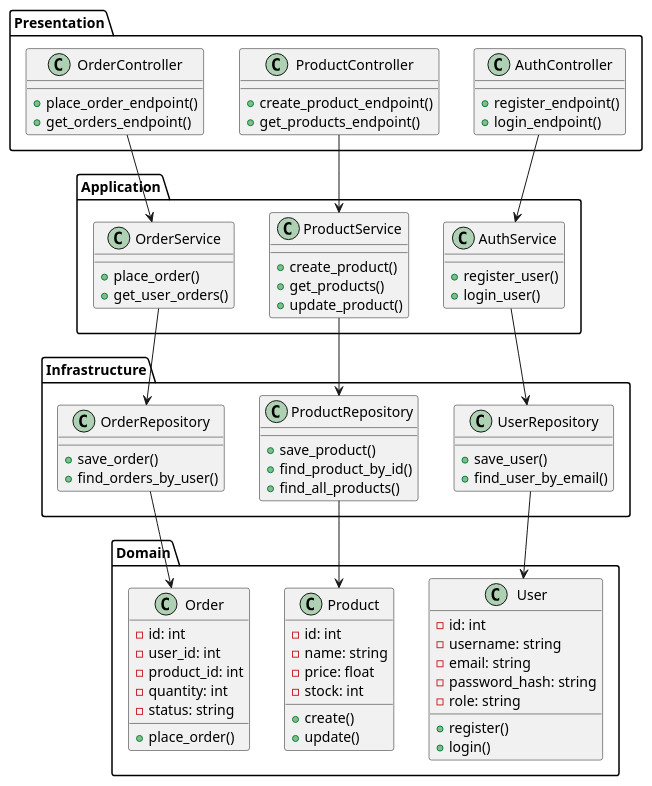
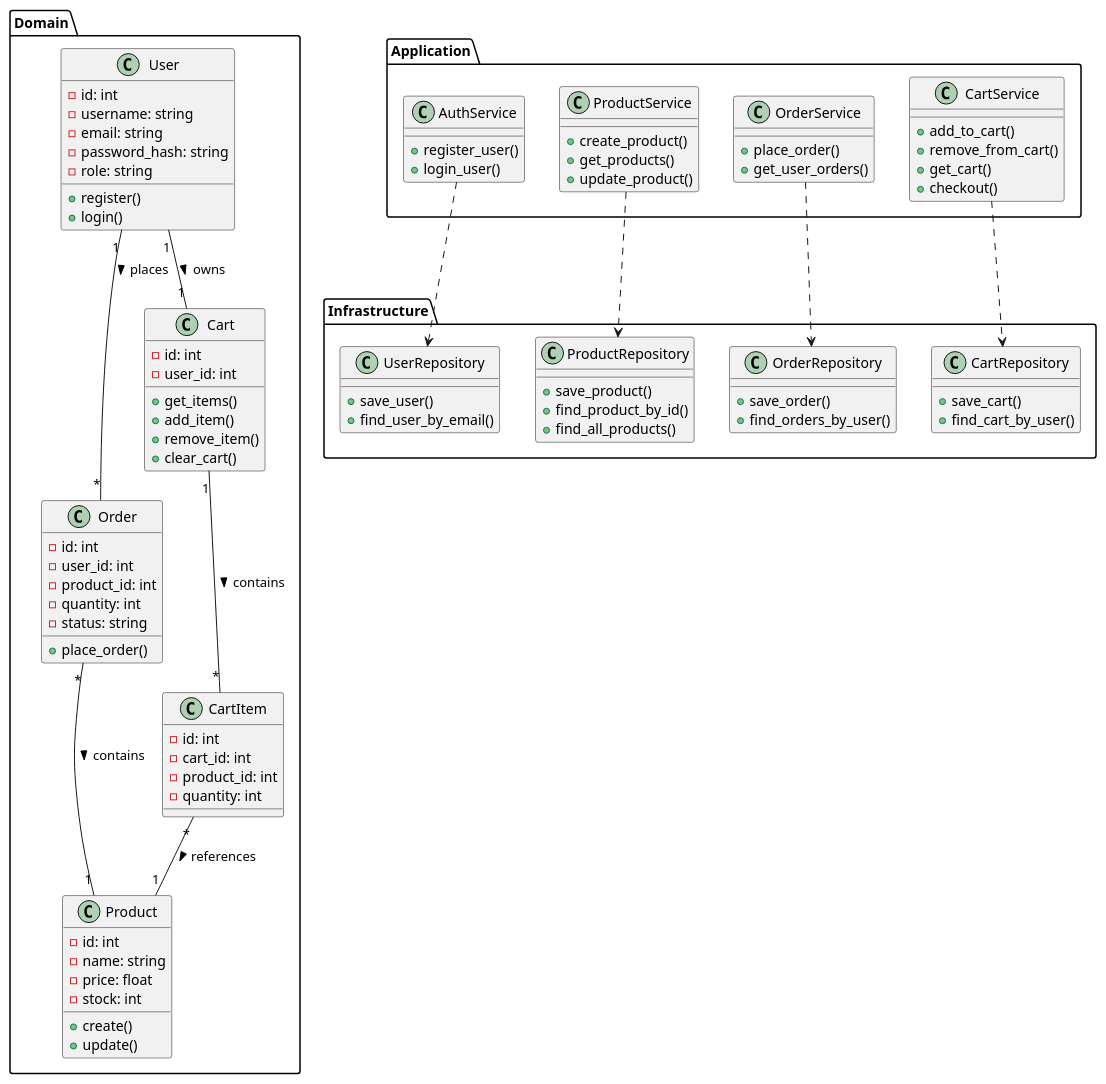
One commit to Quayyum-a/E-Commerce_python changed the diagram in E-Commerce_Class_Diagram.puml. Above: the diagram before and after it, drawn with PlantUML. The commit also changed 1 other file, not shown here.

```diff
--- a/E-Commerce_Class_Diagram.puml
+++ b/E-Commerce_Class_Diagram.puml
@@ -1,94 +1,106 @@
 @startuml
 package "Domain" {
   class User {
     -id: int
     -username: string
     -email: string
     -password_hash: string
     -role: string
     +register()
     +login()
   }
 
   class Product {
     -id: int
     -name: string
     -price: float
     -stock: int
     +create()
     +update()
   }
 
   class Order {
     -id: int
     -user_id: int
     -product_id: int
     -quantity: int
     -status: string
     +place_order()
   }
+
+  class Cart {
+    -id: int
+    -user_id: int
+    +get_items()
+    +add_item()
+    +remove_item()
+    +clear_cart()
+  }
+
+  class CartItem {
+    -id: int
+    -cart_id: int
+    -product_id: int
+    -quantity: int
+  }
 }
+
+User "1" -- "1" Cart : owns >
+Cart "1" -- "*" CartItem : contains >
+CartItem "*" -- "1" Product : references >
+User "1" -- "*" Order : places >
+Order "*" -- "1" Product : contains >
 
 package "Application" {
   class AuthService {
     +register_user()
     +login_user()
   }
 
   class ProductService {
     +create_product()
     +get_products()
     +update_product()
   }
 
   class OrderService {
     +place_order()
     +get_user_orders()
+  }
+
+  class CartService {
+    +add_to_cart()
+    +remove_from_cart()
+    +get_cart()
+    +checkout()
   }
 }
 
 package "Infrastructure" {
   class UserRepository {
     +save_user()
     +find_user_by_email()
   }
 
   class ProductRepository {
     +save_product()
     +find_product_by_id()
     +find_all_products()
   }
 
   class OrderRepository {
     +save_order()
     +find_orders_by_user()
   }
-}
 
-package "Presentation" {
-  class AuthController {
-    +register_endpoint()
-    +login_endpoint()
-  }
-
-  class ProductController {
-    +create_product_endpoint()
-    +get_products_endpoint()
-  }
-
-  class OrderController {
-    +place_order_endpoint()
-    +get_orders_endpoint()
+  class CartRepository {
+    +save_cart()
+    +find_cart_by_user()
   }
 }
 
-UserRepository --> User
-ProductRepository --> Product
-OrderRepository --> Order
-AuthService --> UserRepository
-ProductService --> ProductRepository
-OrderService --> OrderRepository
-AuthController --> AuthService
-ProductController --> ProductService
-OrderController --> OrderService
+AuthService ..> UserRepository
+ProductService ..> ProductRepository
+OrderService ..> OrderRepository
+CartService ..> CartRepository
 @enduml
```
